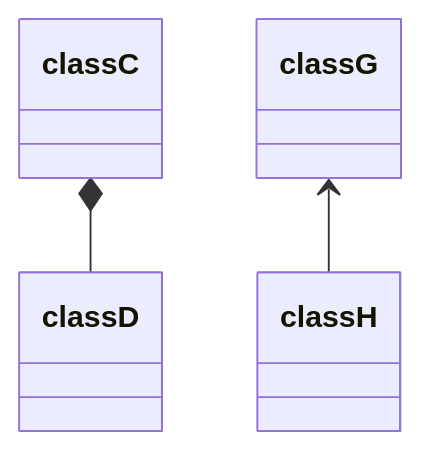
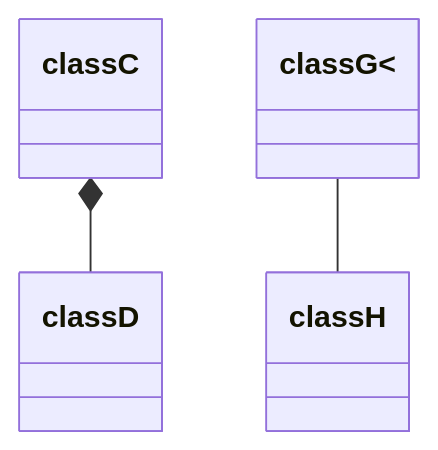
One commit to anchung/ob-technical changed the diagram in src/site/notes/Books/2024/Java In a Nutshell/Chapter 8 - Working with Java Collections 1.md. Above: the diagram before and after it, drawn with Mermaid.

Commit message:
Published multiple files

````diff
--- a/src/site/notes/Books/2024/Java In a Nutshell/Chapter 8 - Working with Java Collections 1.md
+++ b/src/site/notes/Books/2024/Java In a Nutshell/Chapter 8 - Working with Java Collections 1.md
@@ -9,5 +9,5 @@
 ```mermaid
 classDiagram
 classC *-- classD
-classG <-- classH
+classG `<`-- classH
 ```
````
